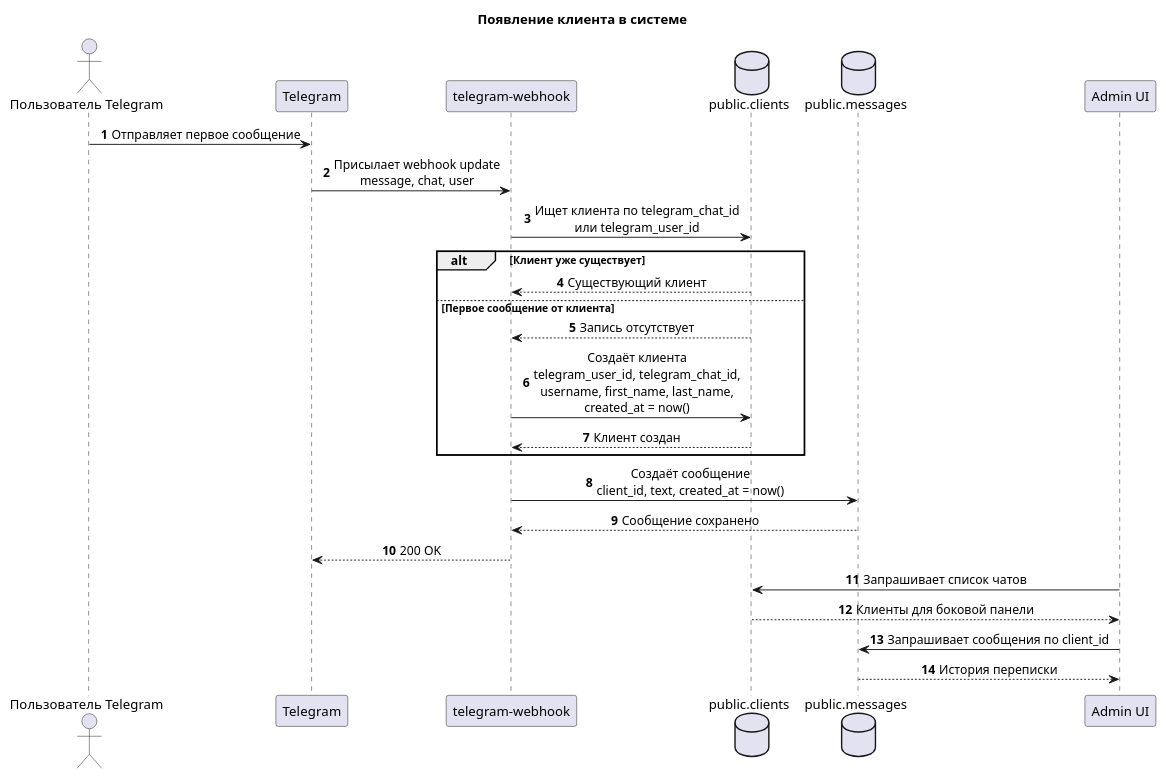
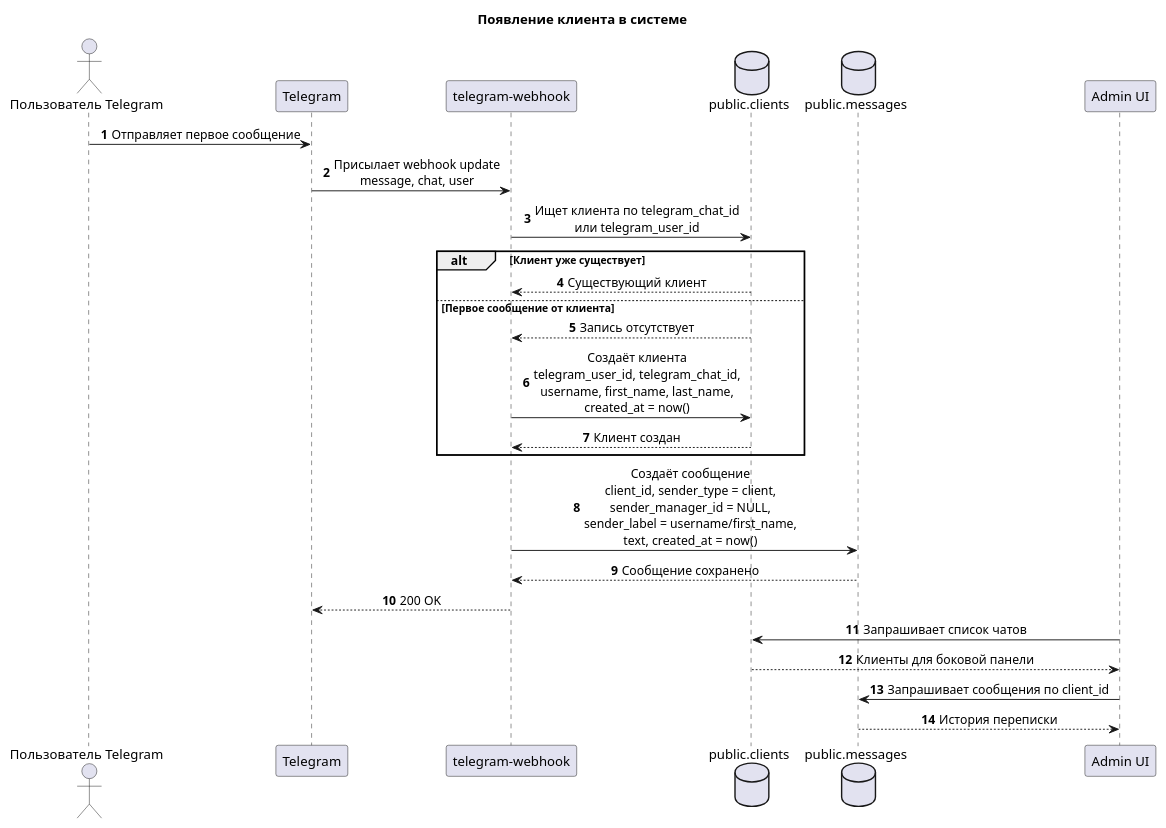
The diagram in docs/sequence/02-client-appears-in-system.puml (Ilja-Prihach/Full_Stack_Bot.-), drawn with PlantUML before and after one commit. The commit also changed 7 other files, not shown here.

Commit message:
refine dialog schema migrations and access rules

```diff
--- a/docs/sequence/02-client-appears-in-system.puml
+++ b/docs/sequence/02-client-appears-in-system.puml
@@ -1,37 +1,37 @@
 @startuml
 title Появление клиента в системе
 
 autonumber
 skinparam shadowing false
 skinparam sequenceMessageAlign center
 skinparam responseMessageBelowArrow true
 
 actor "Пользователь Telegram" as tg_user
 participant "Telegram" as telegram
 participant "telegram-webhook" as webhook
 database "public.clients" as clients
 database "public.messages" as messages
 participant "Admin UI" as ui
 
 tg_user -> telegram : Отправляет первое сообщение
 telegram -> webhook : Присылает webhook update\nmessage, chat, user
 webhook -> clients : Ищет клиента по telegram_chat_id\nили telegram_user_id
 
 alt Клиент уже существует
   clients --> webhook : Существующий клиент
 else Первое сообщение от клиента
   clients --> webhook : Запись отсутствует
   webhook -> clients : Создаёт клиента\ntelegram_user_id, telegram_chat_id,\nusername, first_name, last_name,\ncreated_at = now()
   clients --> webhook : Клиент создан
 end
 
-webhook -> messages : Создаёт сообщение\nclient_id, text, created_at = now()
+webhook -> messages : Создаёт сообщение\nclient_id, sender_type = client,\nsender_manager_id = NULL,\nsender_label = username/first_name,\ntext, created_at = now()
 messages --> webhook : Сообщение сохранено
 webhook --> telegram : 200 OK
 
 ui -> clients : Запрашивает список чатов
 clients --> ui : Клиенты для боковой панели
 ui -> messages : Запрашивает сообщения по client_id
 messages --> ui : История переписки
 
 @enduml
```
